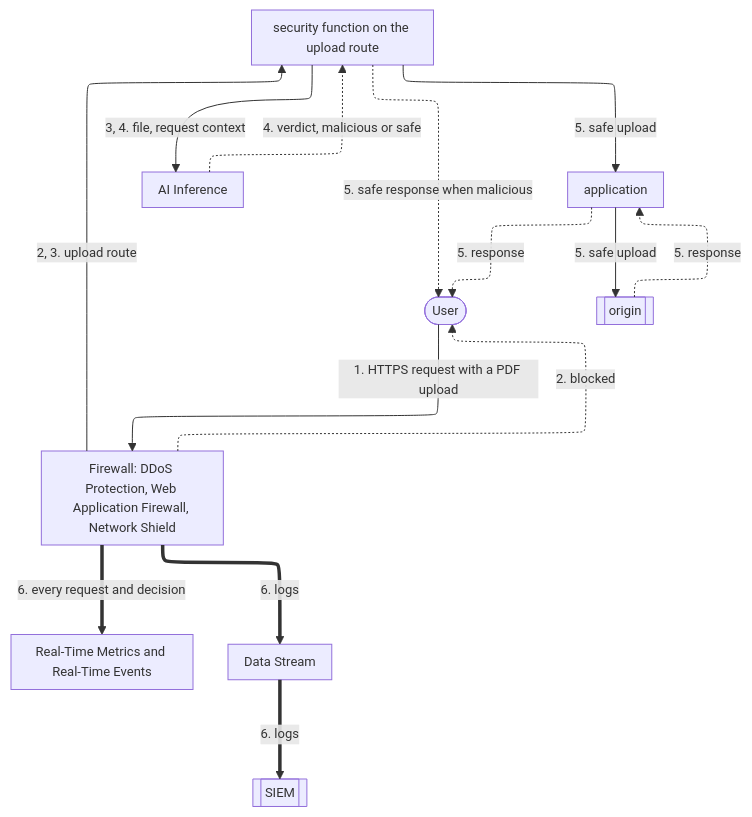
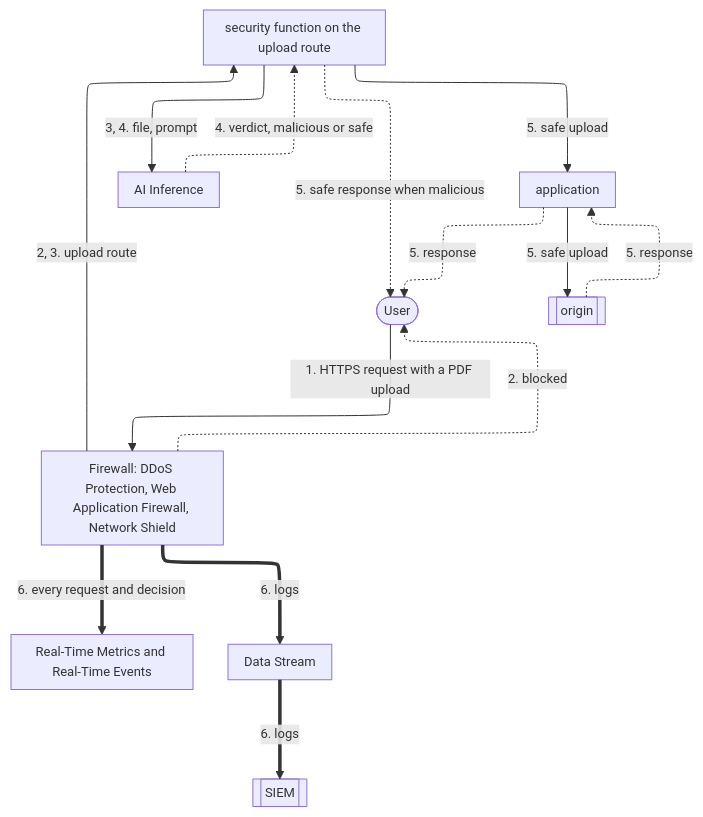
The diagram in apps/docs/src/content/docs/en/pages/architectures/artificial-intelligence/autonomous-security-agent.mdx (aziontech/docs), drawn with Mermaid before and after one commit. The commit also changed other lines of this file and 5 other files, not shown here.

````diff
--- a/apps/docs/src/content/docs/en/pages/architectures/artificial-intelligence/autonomous-security-agent.mdx
+++ b/apps/docs/src/content/docs/en/pages/architectures/artificial-intelligence/autonomous-security-agent.mdx
@@ -29,26 +29,26 @@
 ```mermaid
 %%{init: {"layout": "elk", "elk": {"cycleBreakingStrategy": "MODEL_ORDER"}, "themeVariables": {"fontSize": "13px"}, "flowchart": {"nodeSpacing": 24, "rankSpacing": 36, "padding": 8, "wrappingWidth": 150, "useMaxWidth": true}, "sequence": {"width": 120, "actorMargin": 30, "useMaxWidth": true}}}%%
 flowchart TD
   User(["User"])
   FW["Firewall: DDoS Protection, Web Application Firewall, Network Shield"]
   Fn["security function on the upload route"]
   AI["AI Inference"]
   App["application"]
   Origin[["origin"]]
   Obs["Real-Time Metrics and Real-Time Events"]
   DS["Data Stream"]
   SIEM[["SIEM"]]
   User -->|"1. HTTPS request with a PDF upload"| FW
   FW -->|"2, 3. upload route"| Fn
-  Fn -->|"3, 4. file, request context"| AI
+  Fn -->|"3, 4. file, prompt"| AI
   Fn -->|"5. safe upload"| App
   App -->|"5. safe upload"| Origin
   AI -.->|"4. verdict, malicious or safe"| Fn
   Origin -.->|"5. response"| App
   App -.->|"5. response"| User
   FW -.->|"2. blocked"| User
   Fn -.->|"5. safe response when malicious"| User
   FW ==>|"6. every request and decision"| Obs
   FW ==>|"6. logs"| DS
   DS ==>|"6. logs"| SIEM
 ```
````
